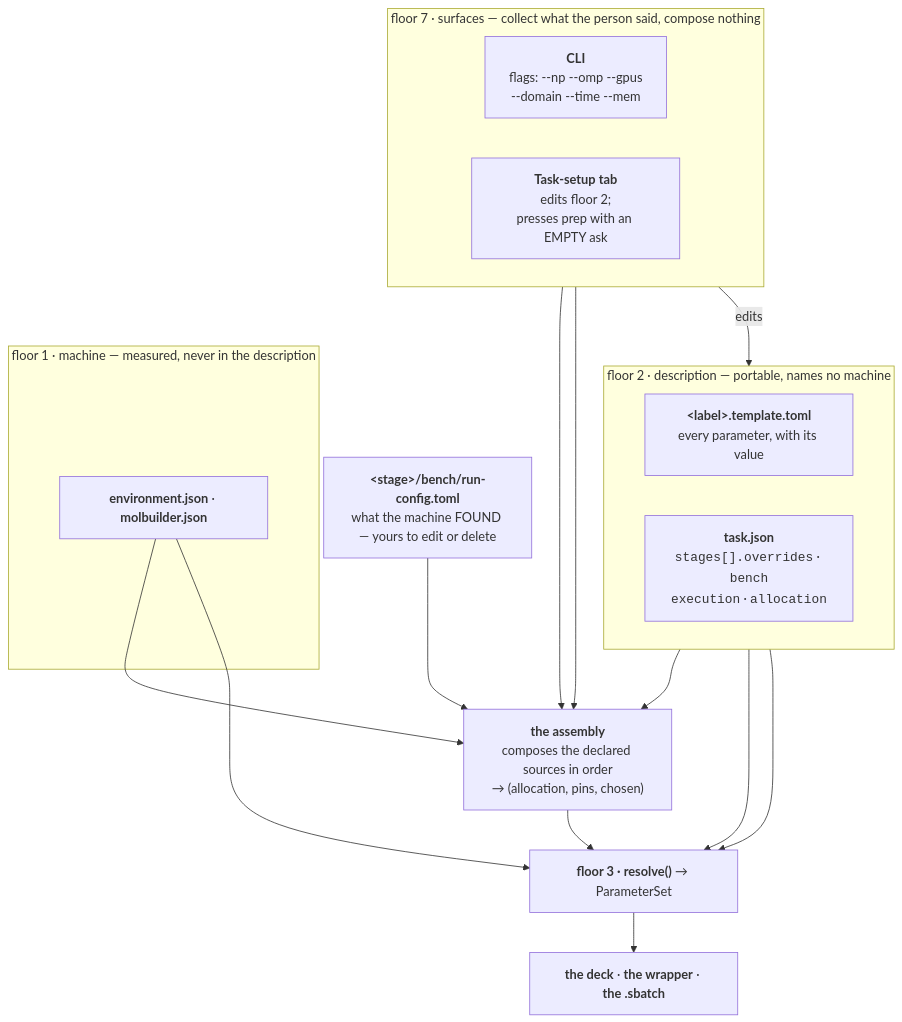
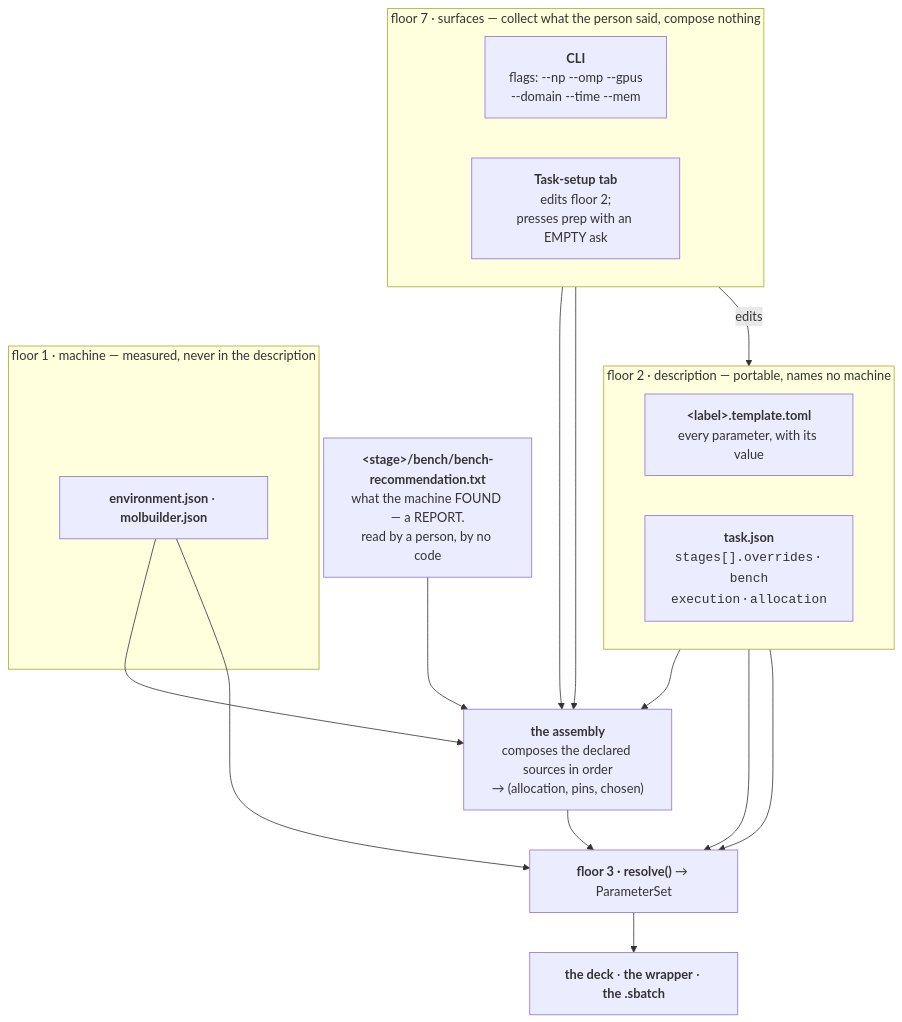
Before and after one commit to Qing-LAB/molbuilder: the fifth of 11 diagrams in docs/execution/architecture.md, drawn with Mermaid. The commit also changed other lines of this file and 28 other files, not shown here.

````diff
--- a/docs/execution/architecture.md
+++ b/docs/execution/architecture.md
@@ -531,31 +531,31 @@
 ```mermaid
 flowchart TB
     subgraph SURF["floor 7 · surfaces — collect what the person said, compose nothing"]
         direction LR
         CLI["<b>CLI</b><br/>flags: --np --omp --gpus<br/>--domain --time --mem"]
         WEB["<b>Task-setup tab</b><br/>edits floor 2;<br/>presses prep with an EMPTY ask"]
     end
     subgraph DESC["floor 2 · description — portable, names no machine"]
         direction LR
         TMPL["<b>&lt;label&gt;.template.toml</b><br/>every parameter, with its value"]
         TASK["<b>task.json</b><br/><code>stages[].overrides</code> · <code>bench</code><br/><code>execution</code> · <code>allocation</code>"]
     end
     subgraph MACH["floor 1 · machine — measured, never in the description"]
         ENV["<b>environment.json</b> · <b>molbuilder.json</b>"]
     end
-    VERD["<b>&lt;stage&gt;/bench/run-config.toml</b><br/>what the machine FOUND — yours to edit or delete"]
+    VERD["<b>&lt;stage&gt;/bench/bench-recommendation.txt</b><br/>what the machine FOUND — a REPORT.<br/>read by a person, by no code"]
     ASM["<b>the assembly</b><br/>composes the declared sources in order<br/>→ (allocation, pins, chosen)"]
     RES["<b>floor 3 · resolve()</b> → ParameterSet"]
     OUT["<b>the deck</b> · <b>the wrapper</b> · <b>the .sbatch</b>"]
     WEB -->|edits| TASK
     CLI --> ASM
     WEB --> ASM
     TASK --> ASM
     VERD --> ASM
     ENV --> ASM
     ASM --> RES
     TMPL --> RES
     TASK --> RES
     ENV --> RES
     RES --> OUT
 ```
````
